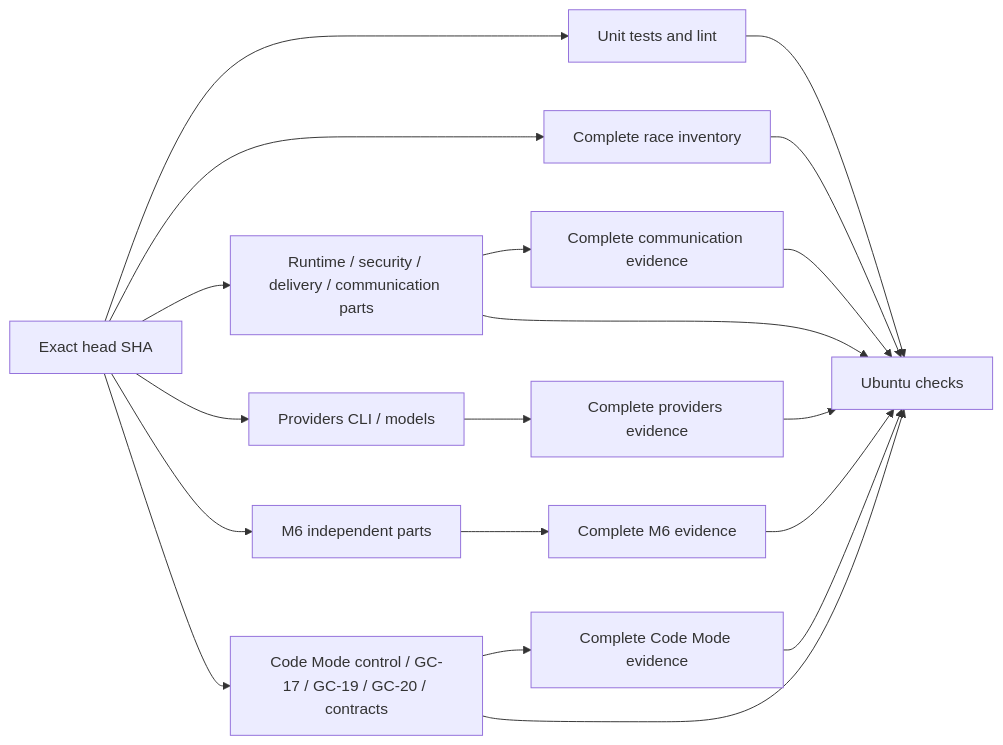
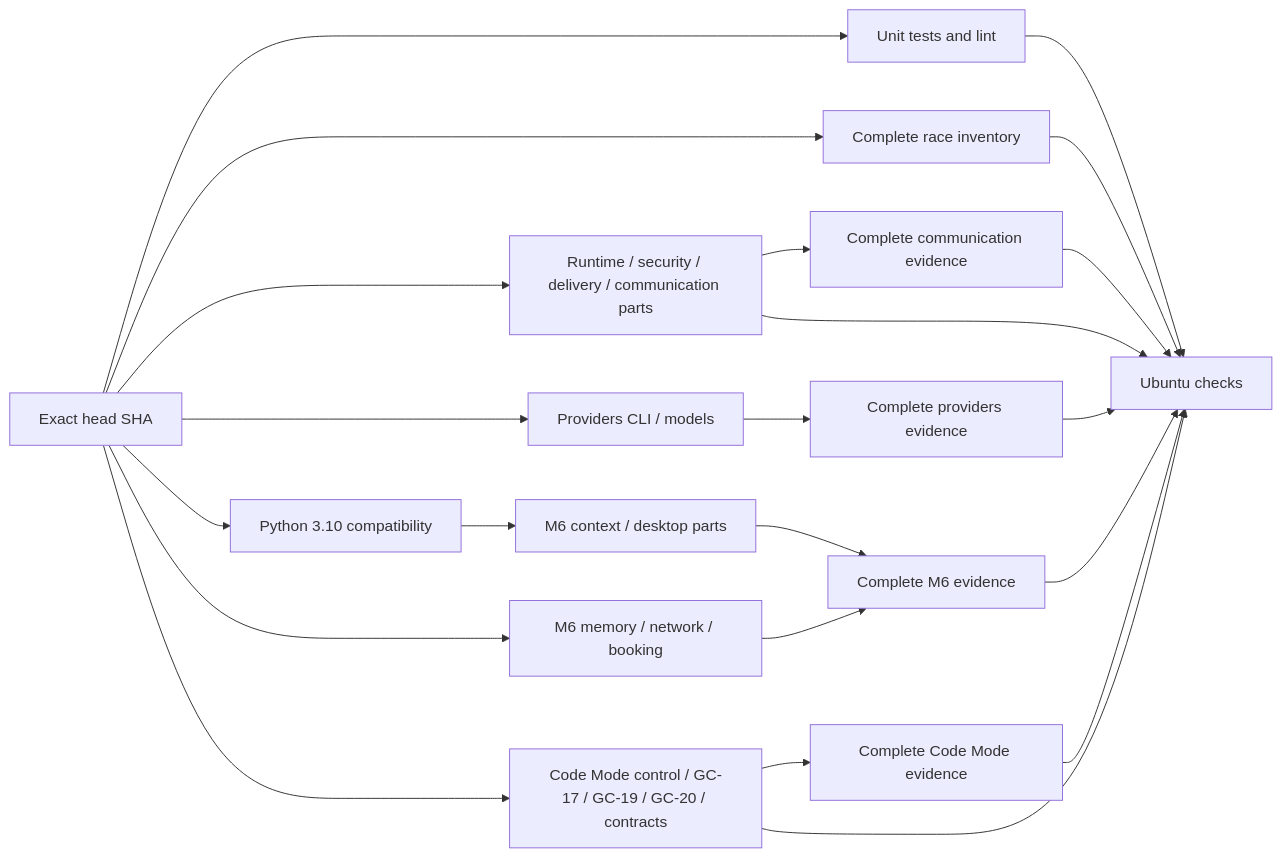
One commit to z-chenhao/assistant changed the diagram in docs/ci.md. Above: the diagram before and after it, drawn with Mermaid. The commit also changed other lines of this file and 7 other files, not shown here.

````diff
--- a/docs/ci.md
+++ b/docs/ci.md
@@ -21,21 +21,24 @@
 ```mermaid
 flowchart LR
     SHA[Exact head SHA] --> Unit[Unit tests and lint]
     SHA --> Race[Complete race inventory]
     SHA --> Verify[Runtime / security / delivery / communication parts]
     Verify --> CommunicationJoin[Complete communication evidence]
     CommunicationJoin --> Gate
     SHA --> Providers[Providers CLI / models]
     Providers --> ProviderJoin[Complete providers evidence]
     ProviderJoin --> Gate
-    SHA --> Personal[M6 independent parts]
+    SHA --> Python[Python 3.10 compatibility]
+    SHA --> Personal[M6 memory / network / booking]
+    Python --> Deferred[M6 context / desktop parts]
     Personal --> M6Join[Complete M6 evidence]
+    Deferred --> M6Join
     M6Join --> Gate
     SHA --> Parts[Code Mode control / GC-17 / GC-19 / GC-20 / contracts]
     Parts --> Join[Complete Code Mode evidence]
     Unit --> Gate[Ubuntu checks]
     Race --> Gate
     Verify --> Gate
     Parts --> Gate
     Join --> Gate
 ```
````
